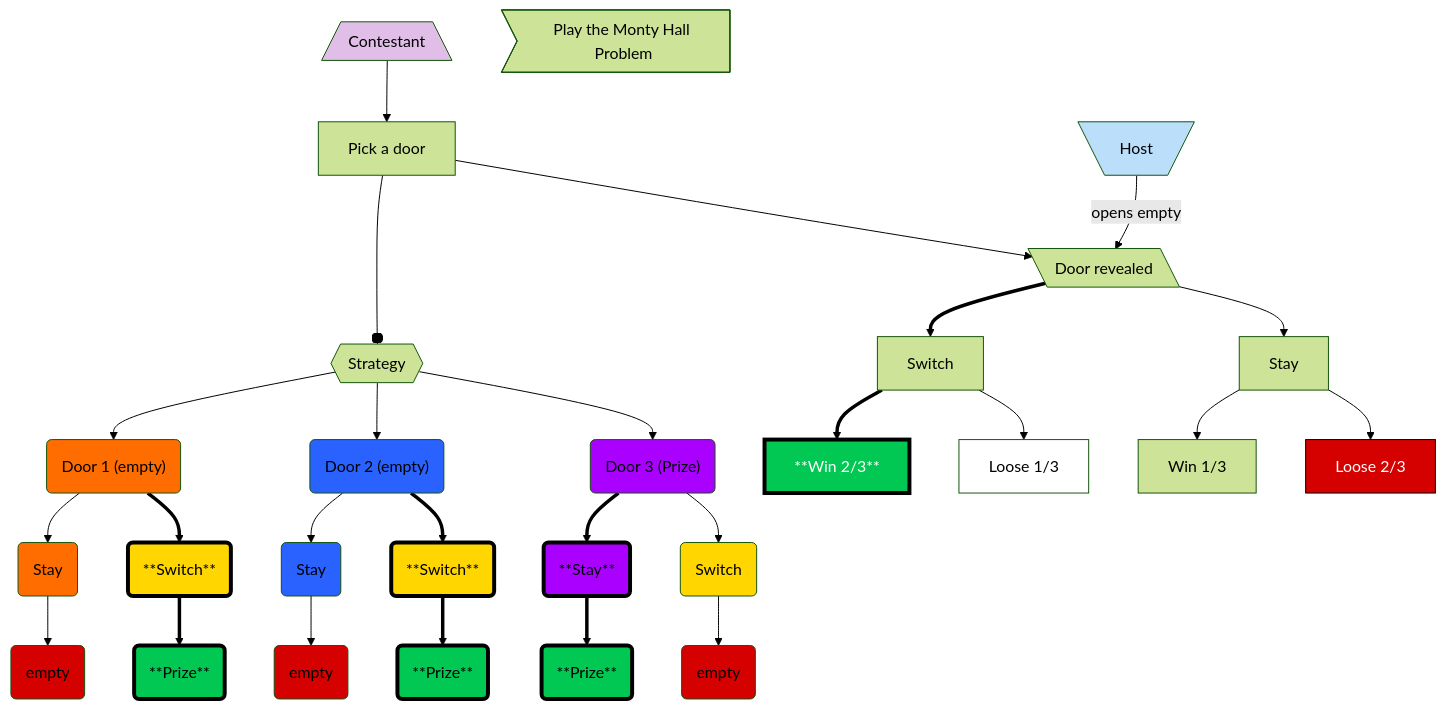
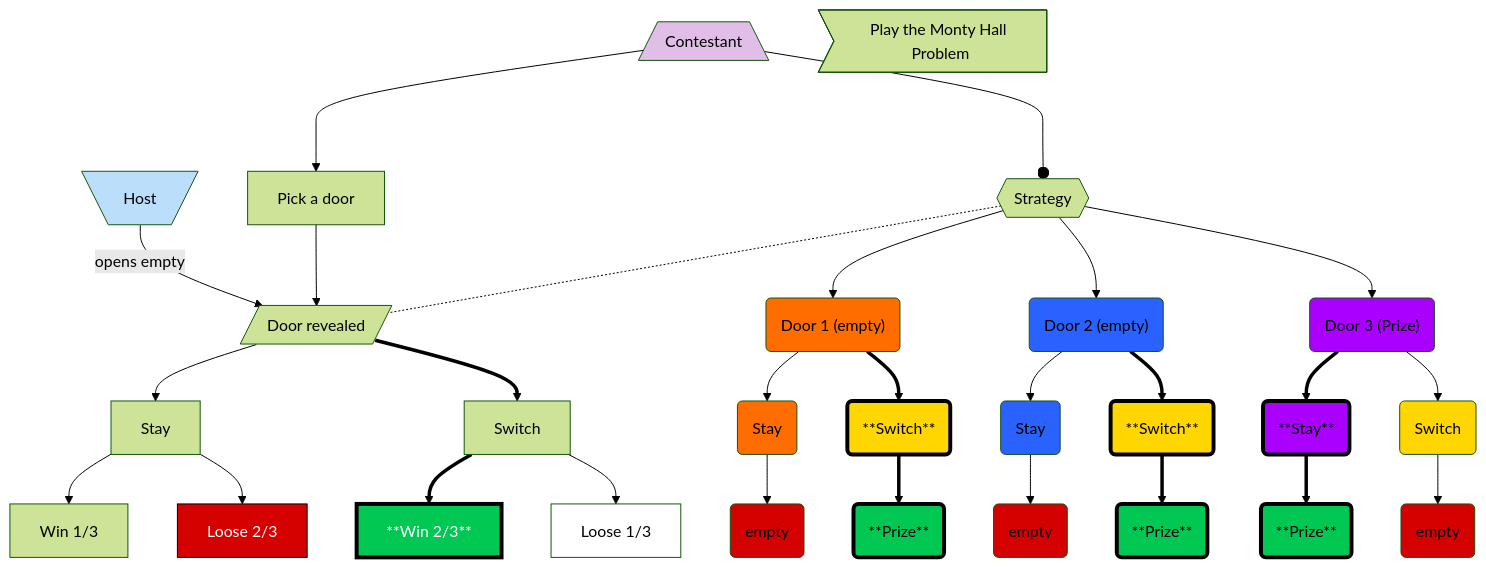
The diagram in MontyHallPromblemStrategy.md (BADmommydale/BADmommydale.github.io), drawn with Mermaid (forest theme) before and after one commit.

````diff
--- a/MontyHallPromblemStrategy.md
+++ b/MontyHallPromblemStrategy.md
@@ -1,51 +1,51 @@
 ```mermaid
 flowchart TD
-    B["Contestant"] --> C["Pick a door"]
-    C ---o D["Strategy"]
-    C --> T["Door revealed"]
-    D --> E("Door 1 (empty)") & J("Door 2 (empty)") & O("Door 3 (Prize)")
-    E --> F("Stay")
-    E ==> G("**Switch**")
-    F --> H("empty")
-    G ==> I("**Prize**")
-    J --> K("Stay")
-    J ==> M("**Switch**")
-    K --> L("empty")
-    M ==> N("**Prize**")
-    O ==> P("**Stay**")
-    O --> Q("Switch")
+    B["Contestant"] --> D["Pick a door"]
+    C["Host"] -- opens empty --> E["Door revealed"]
+    D --> E
+    E --> F["Stay"]
+    E ==> G["Switch"]
+    B ---o H["Strategy"]
+    H -.- E
+    H --> I("Door 1 (empty)") & N("Door 2 (empty)") & S("Door 3 (Prize)")
+    I --> J("Stay")
+    I ==> K("**Switch**")
+    J --> L("empty")
+    K ==> M("**Prize**")
+    N --> O("Stay")
+    N ==> P("**Switch**")
+    O --> Q("empty")
     P ==> R("**Prize**")
-    Q --> S("empty")
-    U["Host"] -- opens empty --> T
-    T ==> V["Switch"]
-    T --> Y["Stay"]
-    V ==> W["**Win 2/3**"]
-    V --> X["Loose 1/3"]
-    Y --> Z["Win 1/3"] & AA["Loose 2/3"]
+    S ==> T("**Stay**")
+    S --> U("Switch")
+    T ==> V("**Prize**")
+    U --> W("empty")
+    F --> X["Win 1/3"] & Y["Loose 2/3"]
+    G ==> Z["**Win 2/3**"]
+    G --> AA["Loose 1/3"]
     A>"Play the Monty Hall Problem"]
     B@{ shape: trap-b}
-    D@{ shape: hex}
-    T@{ shape: lean-l}
-    U@{ shape: trap-t}
+    C@{ shape: trap-t}
+    E@{ shape: lean-r}
+    H@{ shape: hex}
     style B fill:#E1BEE7
-    style E color:#000000,fill:#FF6D00
-    style J color:#000000,fill:#2962FF
-    style O color:#000000,fill:#AA00FF
-    style F fill:#FF6D00
-    style G fill:#FFD600,stroke-width:4px,stroke-dasharray: 0,stroke:#000000
-    style H fill:#D50000
-    style I fill:#00C853,stroke-width:4px,stroke-dasharray: 0,stroke:#000000
-    style K fill:#2962FF
-    style M fill:#FFD600,stroke-width:4px,stroke-dasharray: 0,stroke:#000000
+    style C fill:#BBDEFB
+    style I color:#000000,fill:#FF6D00
+    style N color:#000000,fill:#2962FF
+    style S color:#000000,fill:#AA00FF
+    style J fill:#FF6D00
+    style K fill:#FFD600,stroke-width:4px,stroke-dasharray: 0,stroke:#000000
     style L fill:#D50000
-    style N fill:#00C853,stroke-width:4px,stroke-dasharray: 0,stroke:#000000
-    style P fill:#AA00FF,stroke-width:4px,stroke-dasharray: 0,stroke:#000000
-    style Q fill:#FFD600
+    style M fill:#00C853,stroke-width:4px,stroke-dasharray: 0,stroke:#000000
+    style O fill:#2962FF
+    style P fill:#FFD600,stroke-width:4px,stroke-dasharray: 0,stroke:#000000
+    style Q fill:#D50000
     style R fill:#00C853,stroke-width:4px,stroke-dasharray: 0,stroke:#000000
-    style S fill:#D50000
-    style U fill:#BBDEFB
-    style W fill:#00C853,color:#FFFFFF,stroke-width:4px,stroke-dasharray: 0,stroke:#000000
-    style X fill:#FFFFFF,color:#000000
-    style AA fill:#D50000,color:#FFFFFF,stroke-width:1px,stroke-dasharray: 0,stroke:#000000
-
+    style T fill:#AA00FF,stroke-width:4px,stroke-dasharray: 0,stroke:#000000
+    style U fill:#FFD600
+    style V fill:#00C853,stroke-width:4px,stroke-dasharray: 0,stroke:#000000
+    style W fill:#D50000
+    style Y fill:#D50000,color:#FFFFFF,stroke-width:1px,stroke-dasharray: 0,stroke:#000000
+    style Z fill:#00C853,color:#FFFFFF,stroke-width:4px,stroke-dasharray: 0,stroke:#000000
+    style AA fill:#FFFFFF,color:#000000
 ```
````
